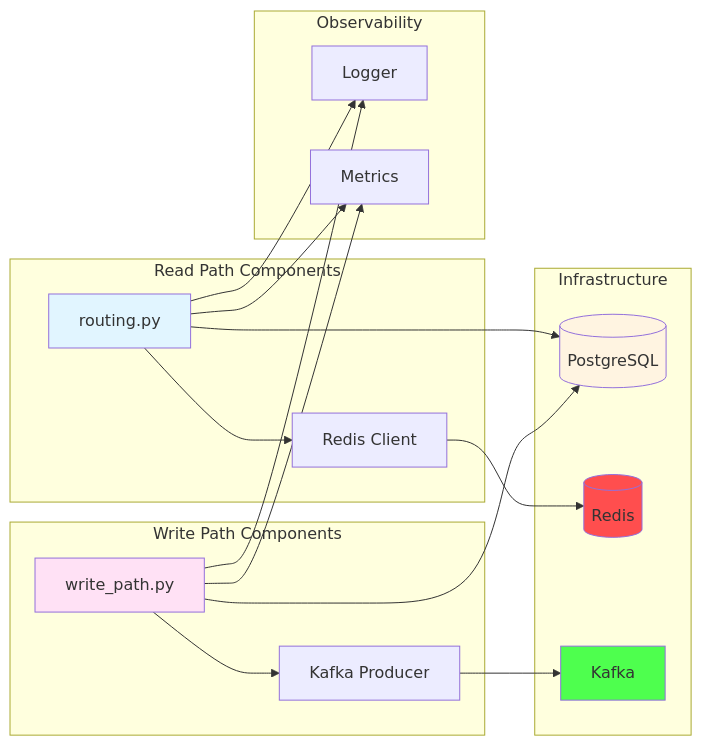
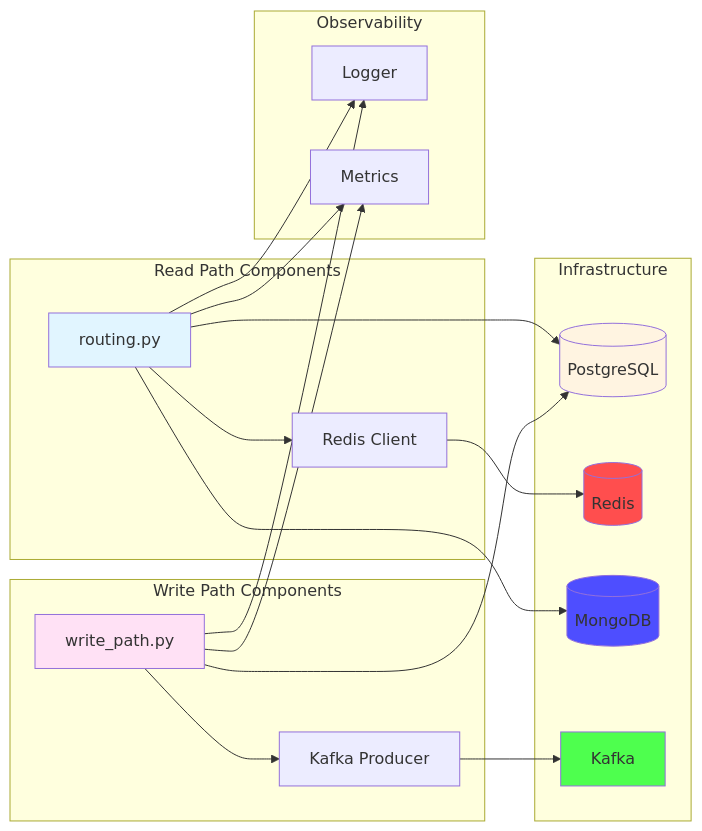
The fifth of 13 diagrams in architecture/diagrams.md (iamtahmad1/traffic-manager), drawn with Mermaid before and after one commit. The commit also changed other lines of this file and 16 other files, not shown here.

````diff
--- a/architecture/diagrams.md
+++ b/architecture/diagrams.md
@@ -191,41 +196,44 @@
 ```mermaid
 graph LR
     subgraph "Read Path Components"
         RP[routing.py]
         RC[Redis Client]
     end
     
     subgraph "Write Path Components"
         WP[write_path.py]
         KC[Kafka Producer]
     end
     
     subgraph "Infrastructure"
         DB[(PostgreSQL)]
         RD[(Redis)]
+        MD[(MongoDB)]
         KF[Kafka]
     end
     
     subgraph "Observability"
         LG[Logger]
         MT[Metrics]
     end
     
     RP --> RC
     RC --> RD
     RP --> DB
+    RP --> MD
     RP --> LG
     RP --> MT
     
     WP --> DB
     WP --> KC
     KC --> KF
     WP --> LG
     WP --> MT
     
     style RP fill:#e1f5ff
     style WP fill:#ffe1f5
     style DB fill:#fff4e1
     style RD fill:#ff4e4e
+    style MD fill:#4e4eff
     style KF fill:#4eff4e
 ```
````
